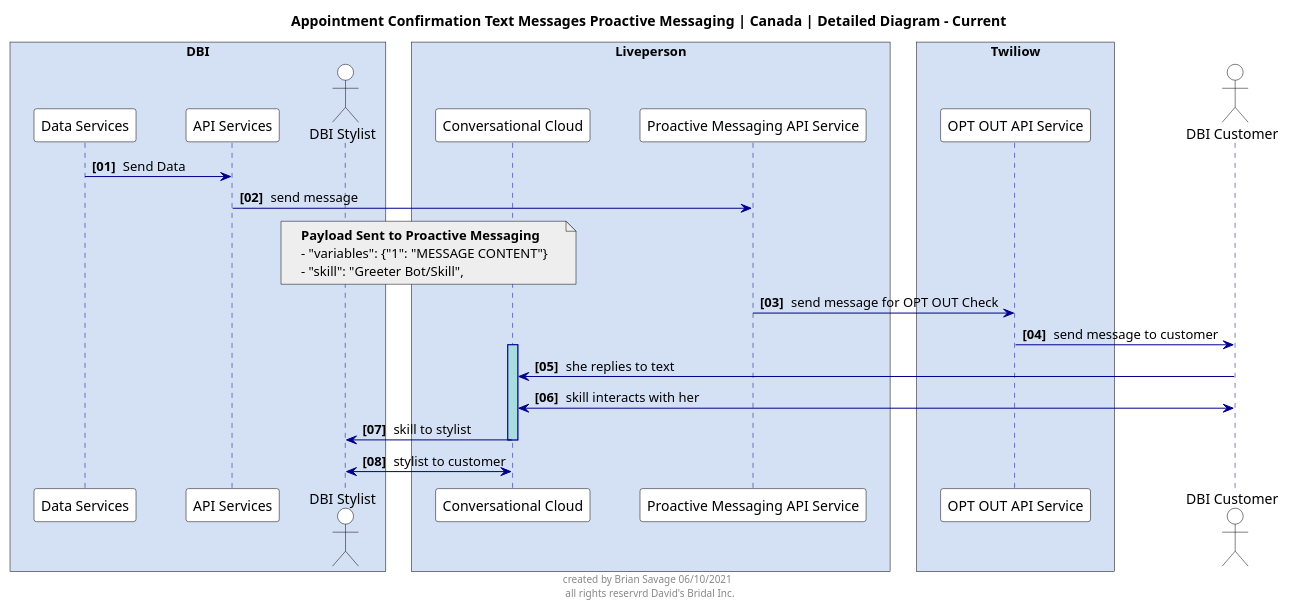
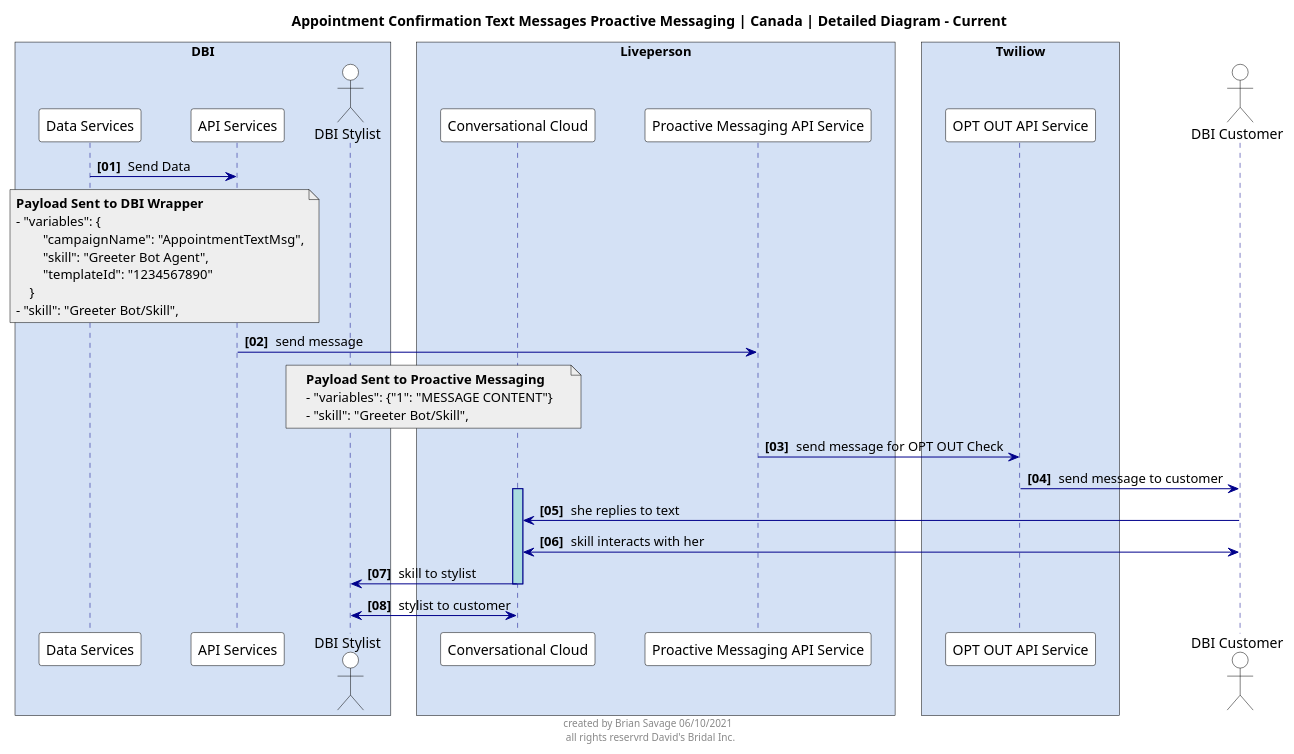
One commit to bsavage-dbi/assets changed the diagram in diagrams/appointment-confirmation-current-ca.puml. Above: the diagram before and after it, drawn with PlantUML. The commit also changed 2 other files, not shown here.

```diff
--- a/diagrams/appointment-confirmation-current-ca.puml
+++ b/diagrams/appointment-confirmation-current-ca.puml
@@ -1,58 +1,67 @@
 @startuml
 
 skinparam sequenceBoxBorderColor #black
 skinparam NoteBorderColor #black
 
 skinparam sequence {
     ArrowColor DarkBlue
     ActorBackgroundColor White
     ActorBorderColor black
     LifeLineBorderColor DarkBlue
     LifeLineBackgroundColor #A9DCDF
     BoxPadding 20
     ParticipantPadding 20
     ParticipantBorderColor Black
     ParticipantBackgroundColor White
 }
 
 autonumber "<b>[00] "
 footer created by Brian Savage 06/10/2021 \n all rights reservrd David's Bridal Inc.
 
 title Appointment Confirmation Text Messages Proactive Messaging | Canada | Detailed Diagram - Current
 
 box "DBI" #D4E1F5
 participant "Data Services" as DBI_DATA
 participant "API Services" as DBI_API
 actor "DBI Stylist" as DBI_STY
 end box
 
 box "Liveperson" #D4E1F5
 participant "Conversational Cloud" as LPCC
 participant "Proactive Messaging API Service" as LPPM
 end box
 
 box "Twiliow" #D4E1F5
 participant "OPT OUT API Service" as TWAS
 end box
 
 actor "DBI Customer" as DBI_CUS
 
 DBI_DATA -> DBI_API : Send Data
+note over DBI_DATA, DBI_API #EEE
+<b>Payload Sent to DBI Wrapper
+- "variables": {
+        "campaignName": "AppointmentTextMsg",
+        "skill": "Greeter Bot Agent",
+        "templateId": "1234567890"
+    }
+- "skill": "Greeter Bot/Skill",
+end note
 DBI_API -> LPPM : send message
 note over DBI_STY, LPCC #EEE
 <b>Payload Sent to Proactive Messaging
 - "variables": {"1": "MESSAGE CONTENT"}
 - "skill": "Greeter Bot/Skill",
 end note
 LPPM -> TWAS : send message for OPT OUT Check
 TWAS -> DBI_CUS : send message to customer
 
 activate LPCC
 
 LPCC <- DBI_CUS : she replies to text
 LPCC <-> DBI_CUS : skill interacts with her
 DBI_STY <- LPCC : skill to stylist
 deactivate LPCC
 
 DBI_STY <-> LPCC : stylist to customer
 @enduml
```
